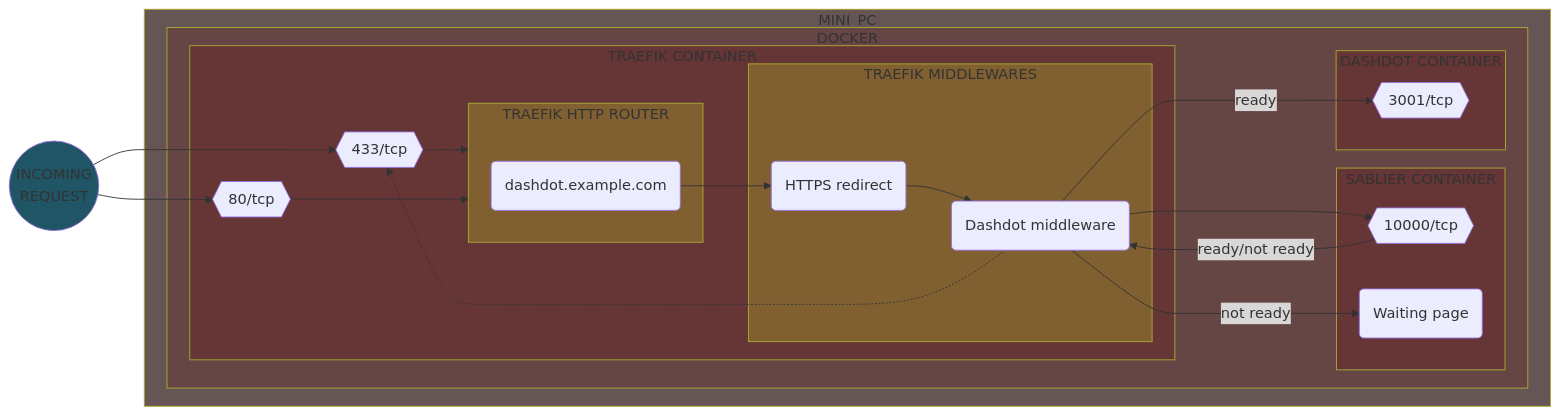
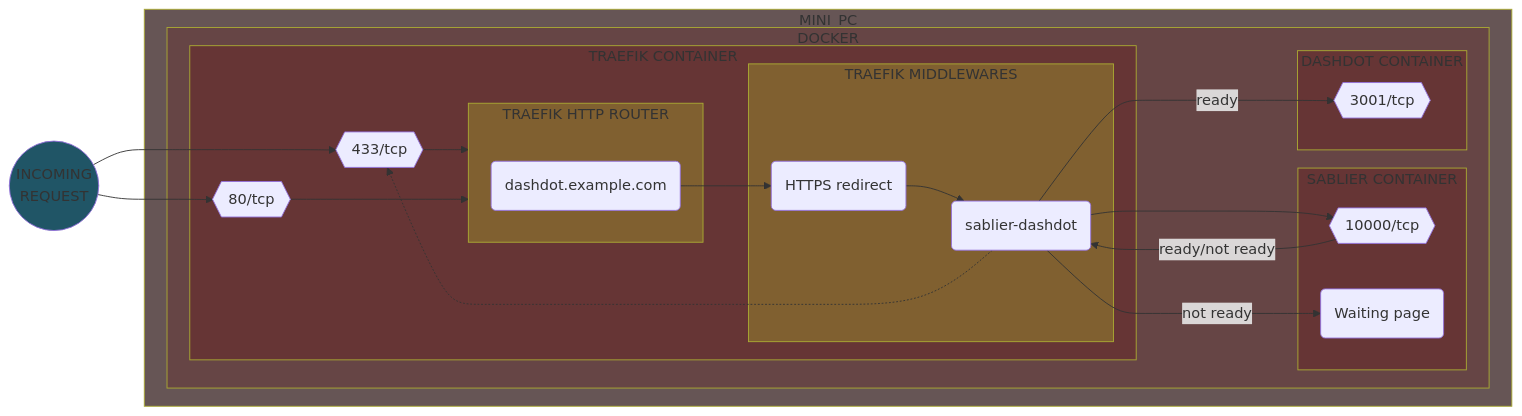
Before and after one commit to Yann39/self-hosted: diagram 19 of 19 in README.md, drawn with Mermaid. The commit also changed other lines of this file and 2 other files, not shown here.

Commit message:
improved Sablier documentation

````diff
--- a/README.md
+++ b/README.md
@@ -4256,58 +4259,58 @@
 ```mermaid
 flowchart LR
     style INCOMING_REQUEST fill: #205566
     style TRAEFIK_CONTAINER fill: #663535
     style SABLIER_CONTAINER fill: #663535
     style DASHDOT_CONTAINER fill: #663535
     style TRAEFIK_ROUTER fill: #806030
     style TRAEFIK_MIDDLEWARE fill: #806030
     style SERVER_DEVICE fill: #665555
     style CONTAINER_ENGINE fill: #664545
     DOCKER_TRAEFIK_PORT443{{433/tcp}}
     DOCKER_TRAEFIK_PORT80{{80/tcp}}
     DOCKER_SABLIER_PORT{{10000/tcp}}
     DOCKER_DASHDOT_PORT{{3001/tcp}}
     WAITING_PAGE(Waiting page)
     TRAEFIK_ROUTER_APP(dashdot.example.com)
     TRAEFIK_MIDDLEWARE_REDIRECT(HTTPS redirect)
-    TRAEFIK_MIDDLEWARE_DASHDOT(Dashdot middleware)
+    TRAEFIK_MIDDLEWARE_DASHDOT(sablier-dashdot)
     INCOMING_REQUEST((INCOMING\nREQUEST))
     INCOMING_REQUEST --> DOCKER_TRAEFIK_PORT443
     INCOMING_REQUEST --> DOCKER_TRAEFIK_PORT80
 
     subgraph SERVER_DEVICE[MINI_PC]
         subgraph CONTAINER_ENGINE[DOCKER]
             subgraph SABLIER_CONTAINER[SABLIER CONTAINER]
                 DOCKER_SABLIER_PORT
                 WAITING_PAGE
             end
 
             subgraph DASHDOT_CONTAINER[DASHDOT CONTAINER]
                 DOCKER_DASHDOT_PORT
             end
 
             subgraph TRAEFIK_CONTAINER[TRAEFIK CONTAINER]
                 DOCKER_TRAEFIK_PORT443 --> TRAEFIK_ROUTER
                 DOCKER_TRAEFIK_PORT80 ---> TRAEFIK_ROUTER
 
                 subgraph TRAEFIK_ROUTER[TRAEFIK HTTP ROUTER]
                     TRAEFIK_ROUTER_APP
                 end
 
                 subgraph TRAEFIK_MIDDLEWARE[TRAEFIK MIDDLEWARES]
                     TRAEFIK_MIDDLEWARE_REDIRECT
                     TRAEFIK_MIDDLEWARE_DASHDOT
                 end
 
                 TRAEFIK_MIDDLEWARE_REDIRECT --> TRAEFIK_MIDDLEWARE_DASHDOT
                 TRAEFIK_MIDDLEWARE_DASHDOT -.-> DOCKER_TRAEFIK_PORT443
                 TRAEFIK_ROUTER_APP --> TRAEFIK_MIDDLEWARE_REDIRECT
                 TRAEFIK_MIDDLEWARE_DASHDOT --> DOCKER_SABLIER_PORT
                 DOCKER_SABLIER_PORT -->|ready/not ready| TRAEFIK_MIDDLEWARE_DASHDOT
                 TRAEFIK_MIDDLEWARE_DASHDOT -->|ready| DOCKER_DASHDOT_PORT
                 TRAEFIK_MIDDLEWARE_DASHDOT -->|not ready| WAITING_PAGE
             end
 
         end
     end
 ```
````
